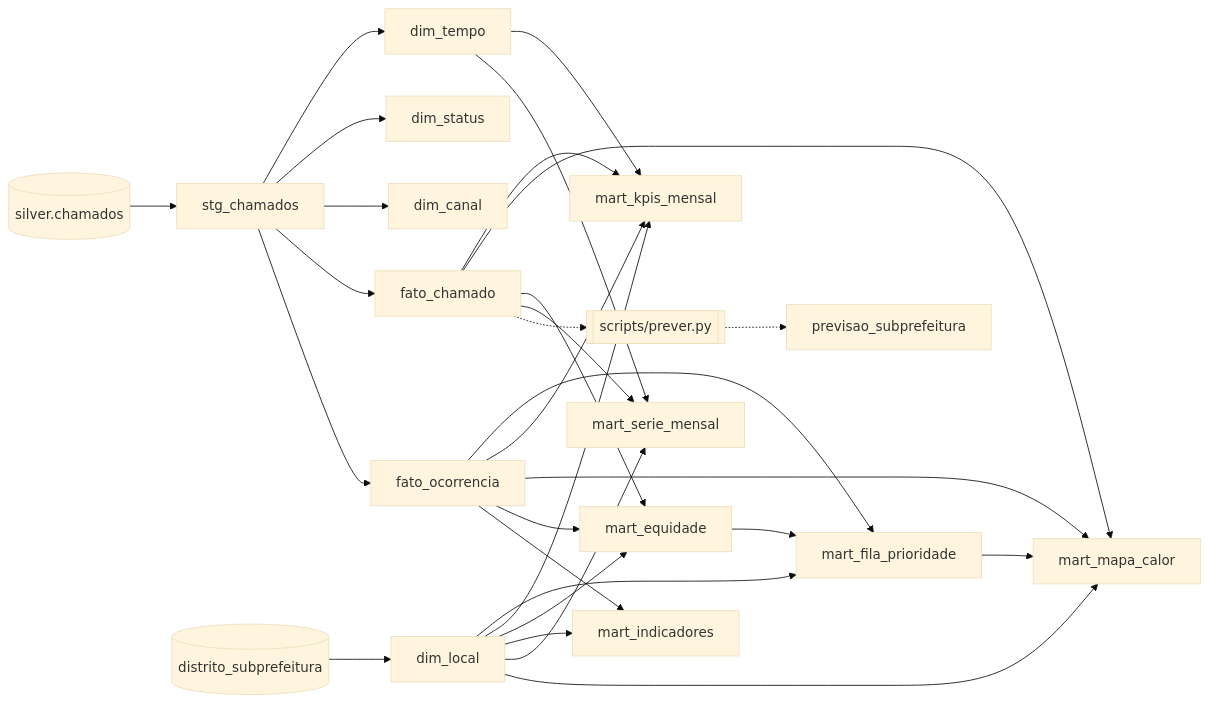
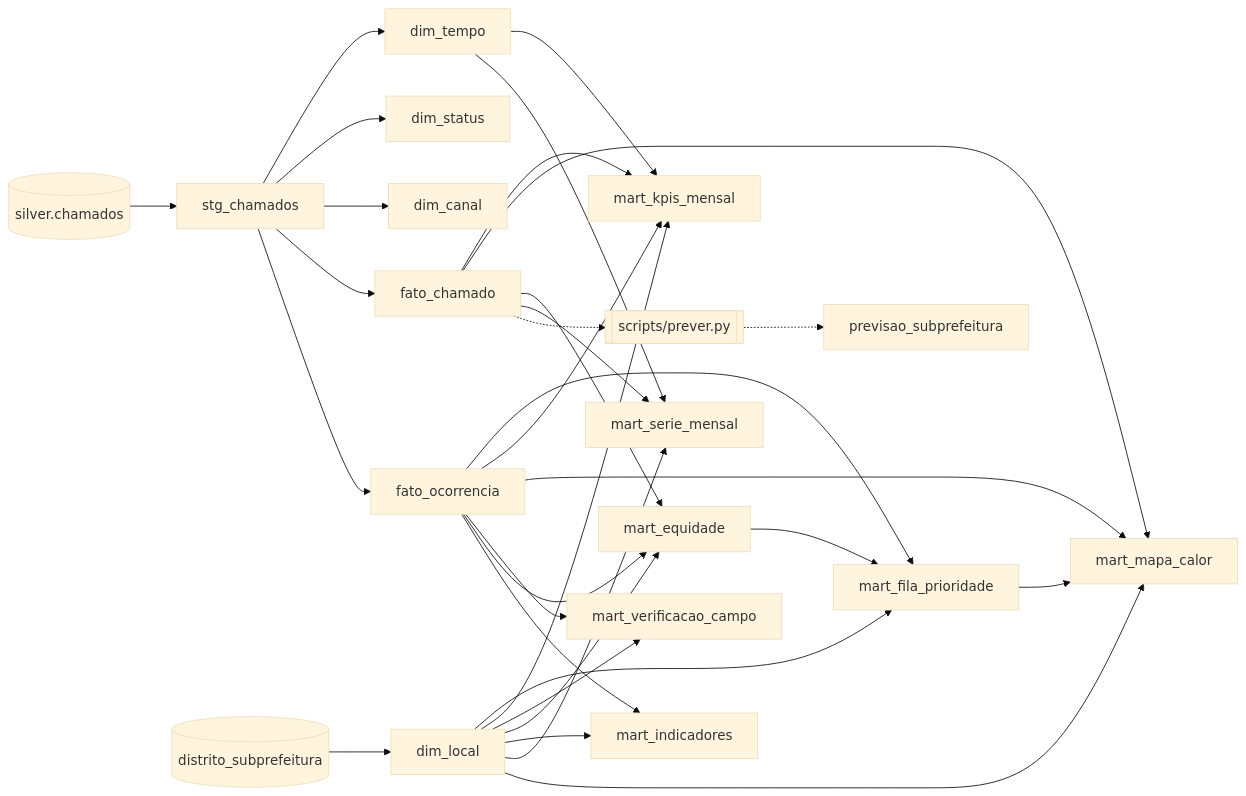
One commit to JoaoAnisio/reparos-urbanos changed the diagram in docs/referencia_tecnica.md. Above: the diagram before and after it, drawn with Mermaid (base theme). The commit also changed other lines of this file and 4 other files, not shown here.

````diff
--- a/docs/referencia_tecnica.md
+++ b/docs/referencia_tecnica.md
@@ -77,31 +80,33 @@
 ```mermaid
 graph LR
     silver[(silver.chamados)] --> stg_chamados
     stg_chamados --> dim_tempo
     stg_chamados --> dim_status
     stg_chamados --> dim_canal
     stg_chamados --> fato_chamado
     stg_chamados --> fato_ocorrencia
     seed[(distrito_subprefeitura)] --> dim_local
     fato_ocorrencia --> mart_fila_prioridade
     dim_local --> mart_fila_prioridade
     mart_equidade --> mart_fila_prioridade
     fato_chamado --> mart_kpis_mensal
     fato_ocorrencia --> mart_kpis_mensal
     dim_tempo --> mart_kpis_mensal
     dim_local --> mart_kpis_mensal
     fato_chamado --> mart_mapa_calor
     fato_ocorrencia --> mart_mapa_calor
+    fato_ocorrencia --> mart_verificacao_campo
+    dim_local --> mart_verificacao_campo
     mart_fila_prioridade --> mart_mapa_calor
     fato_chamado --> mart_equidade
     fato_ocorrencia --> mart_equidade
     dim_local --> mart_equidade
     fato_ocorrencia --> mart_indicadores
     dim_local --> mart_indicadores
     fato_chamado --> mart_serie_mensal
     dim_local --> mart_serie_mensal
     dim_tempo --> mart_serie_mensal
     dim_local --> mart_mapa_calor
     fato_chamado -.-> prever[[scripts/prever.py]]
     prever -.-> previsao_subprefeitura
 ```
````
